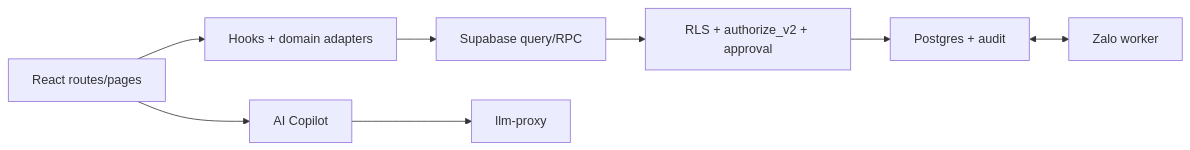
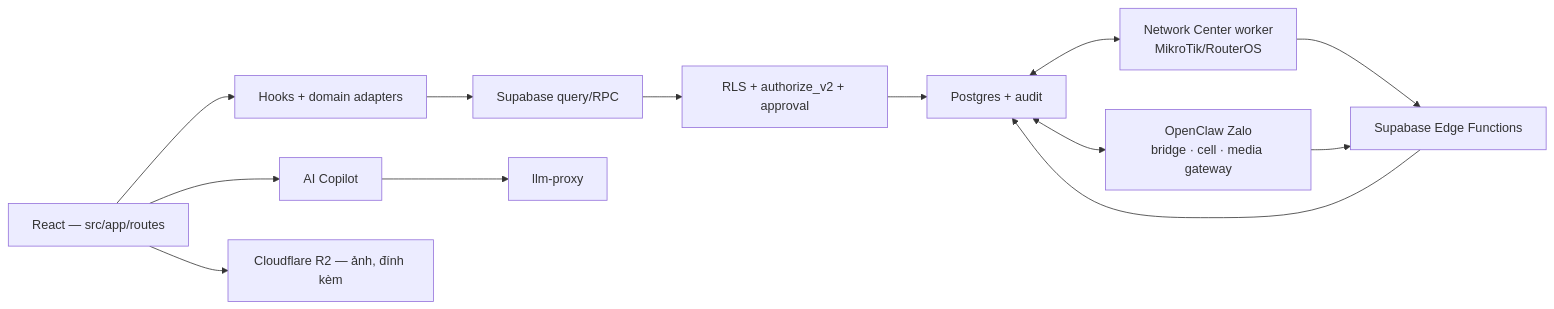
The diagram in docs/he-thong/00-tong-quan.md (zxGreenxz/whiteboard-ihomecrm), drawn with Mermaid before and after one commit. The commit also changed other lines of this file and 1 other file, not shown here.

First line of the commit message:
docs(tong-quan): bản đồ dừng ở domain 21 trong khi 22/23/24 đã có tài liệu

````diff
--- a/docs/he-thong/00-tong-quan.md
+++ b/docs/he-thong/00-tong-quan.md
@@ -9,10 +9,15 @@
 ```mermaid
 flowchart LR
-  UI["React routes/pages"] --> H["Hooks + domain adapters"]
+  UI["React — src/app/routes"] --> H["Hooks + domain adapters"]
   H --> RPC["Supabase query/RPC"]
   RPC --> AUTH["RLS + authorize_v2 + approval"]
   AUTH --> DB["Postgres + audit"]
   UI --> CP["AI Copilot"]
   CP --> LLM["llm-proxy"]
-  DB <--> Z["Zalo worker"]
+  UI --> R2["Cloudflare R2 — ảnh, đính kèm"]
+  DB <--> NC["Network Center worker<br/>MikroTik/RouterOS"]
+  DB <--> OC["OpenClaw Zalo<br/>bridge · cell · media gateway"]
+  EF["Supabase Edge Functions"] --> DB
+  NC --> EF
+  OC --> EF
 ```
````
